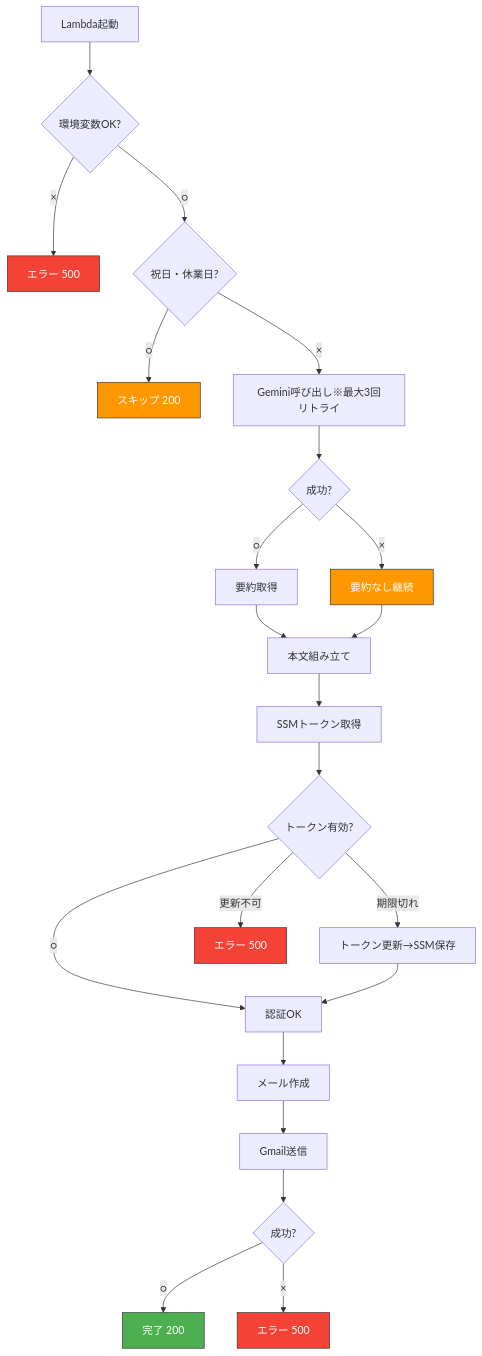
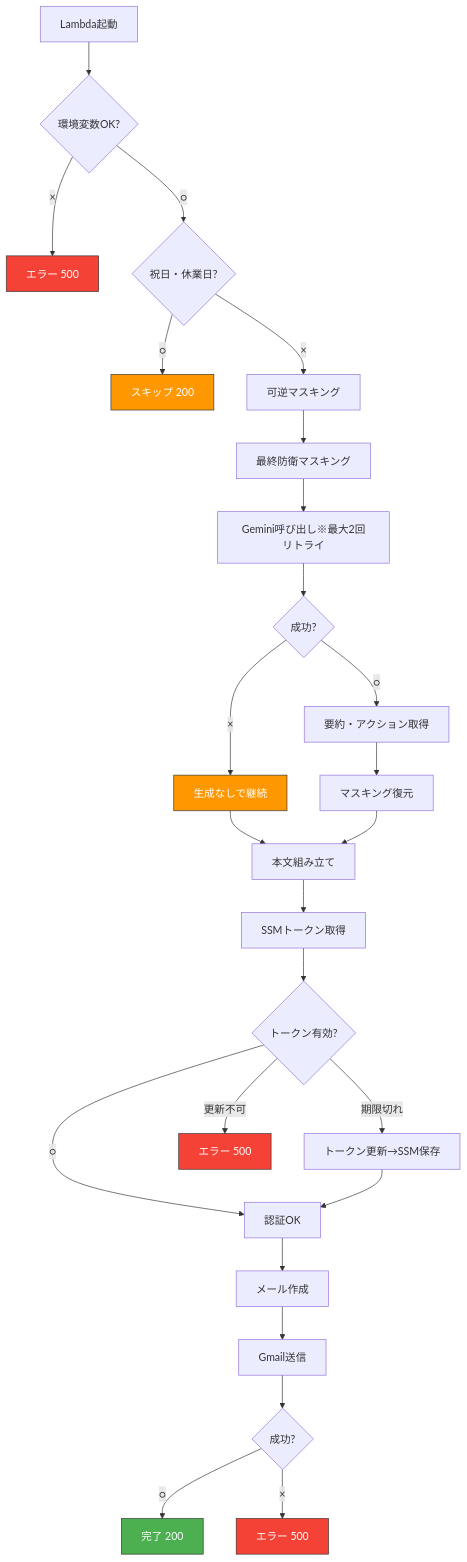
The second of 2 diagrams in docs/日報自動送信処理 基本設計書.md (takeshiyoshida76-cell/takeshiyoshida76), drawn with Mermaid before and after one commit. The commit also changed other lines of this file, not shown here.

````diff
--- a/docs/日報自動送信処理 基本設計書.md
+++ b/docs/日報自動送信処理 基本設計書.md
@@ -52,31 +92,34 @@
 ```mermaid
 flowchart TD
     A[Lambda起動] --> B{環境変数OK?}
     B -->|×| C[エラー 500]
     B -->|○| D{祝日・休業日?}
     D -->|○| E[スキップ 200]
-    D -->|×| F[Gemini呼び出し※最大3回リトライ]
-    F --> G{成功?}
-    G -->|○| H[要約取得]
-    G -->|×| I[要約なし継続]
-    H --> J[本文組み立て]
-    I --> J
-    J --> K[SSMトークン取得]
-    K --> L{トークン有効?}
-    L -->|○| N[認証OK]
-    L -->|期限切れ| M[トークン更新→SSM保存]
-    M --> N
-    L -->|更新不可| O[エラー 500]
-    N --> P[メール作成]
-    P --> Q[Gmail送信]
-    Q --> R{成功?}
-    R -->|○| S[完了 200]
-    R -->|×| T[エラー 500]
+    D -->|×| F[可逆マスキング]
+    F --> G[最終防衛マスキング]
+    G --> H[Gemini呼び出し※最大2回リトライ]
+    H --> I{成功?}
+    I -->|○| J[要約・アクション取得]
+    I -->|×| K[生成なしで継続]
+    J --> L[マスキング復元]
+    K --> M[本文組み立て]
+    L --> M
+    M --> N[SSMトークン取得]
+    N --> O{トークン有効?}
+    O -->|○| Q[認証OK]
+    O -->|期限切れ| P[トークン更新→SSM保存]
+    P --> Q
+    O -->|更新不可| R[エラー 500]
+    Q --> S[メール作成]
+    S --> T[Gmail送信]
+    T --> U{成功?}
+    U -->|○| V[完了 200]
+    U -->|×| W[エラー 500]
 
     style C fill:#F44336,stroke:#333,color:#fff
     style E fill:#FF9800,stroke:#333,color:#fff
-    style I fill:#FF9800,stroke:#333,color:#fff
-    style O fill:#F44336,stroke:#333,color:#fff
-    style T fill:#F44336,stroke:#333,color:#fff
-    style S fill:#4CAF50,stroke:#333,color:#fff
+    style K fill:#FF9800,stroke:#333,color:#fff
+    style R fill:#F44336,stroke:#333,color:#fff
+    style W fill:#F44336,stroke:#333,color:#fff
+    style V fill:#4CAF50,stroke:#333,color:#fff
 ```
````
